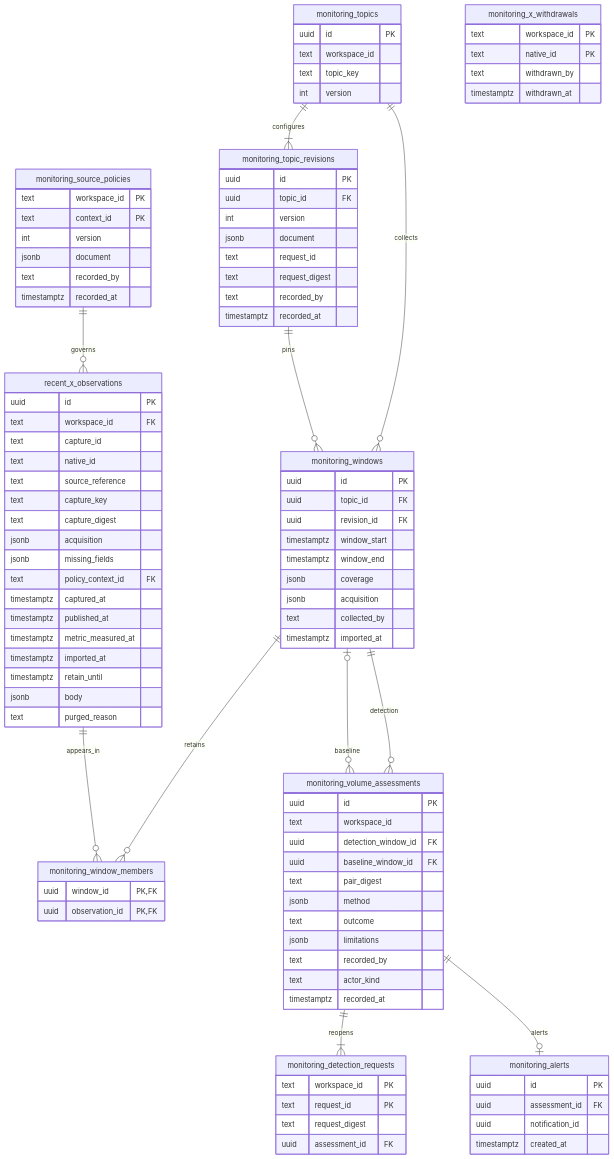
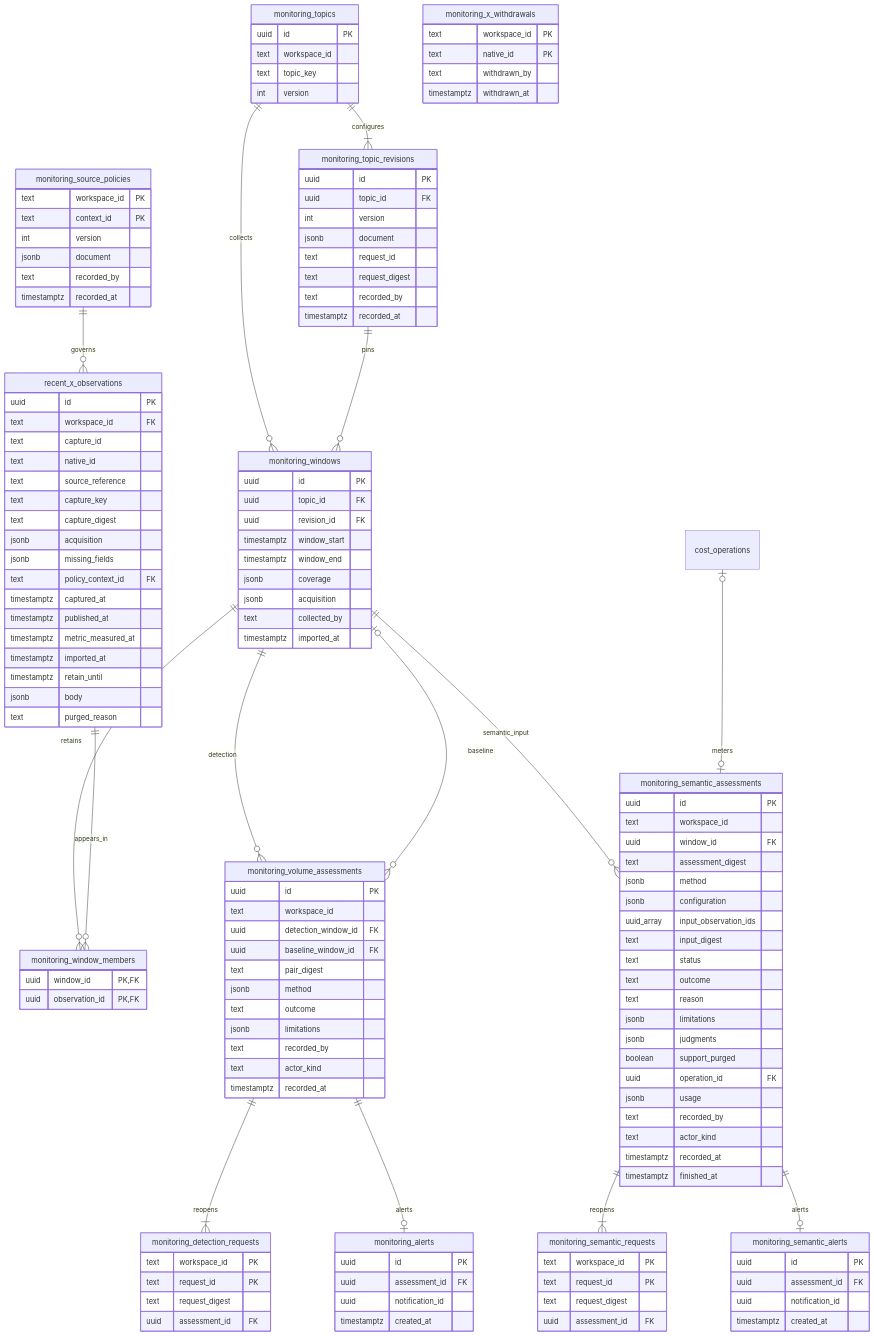
Before and after one commit to jinroylee/social-marketing-intelligence: the fourth of 11 diagrams in docs/data-model.md, drawn with Mermaid. The commit also changed other lines of this file and 30 other files, not shown here.

```diff
--- a/docs/data-model.md
+++ b/docs/data-model.md
@@ -432,6 +432,44 @@
     monitoring_windows |o--o{ monitoring_volume_assessments : baseline
     monitoring_volume_assessments ||--|{ monitoring_detection_requests : reopens
     monitoring_volume_assessments ||--o| monitoring_alerts : alerts
+    monitoring_windows ||--o{ monitoring_semantic_assessments : semantic_input
+    cost_operations |o--o| monitoring_semantic_assessments : meters
+    monitoring_semantic_assessments ||--|{ monitoring_semantic_requests : reopens
+    monitoring_semantic_assessments ||--o| monitoring_semantic_alerts : alerts
+    monitoring_semantic_assessments {
+        uuid id PK
+        text workspace_id
+        uuid window_id FK
+        text assessment_digest
+        jsonb method
+        jsonb configuration
+        uuid_array input_observation_ids
+        text input_digest
+        text status
+        text outcome
+        text reason
+        jsonb limitations
+        jsonb judgments
+        boolean support_purged
+        uuid operation_id FK
+        jsonb usage
+        text recorded_by
+        text actor_kind
+        timestamptz recorded_at
+        timestamptz finished_at
+    }
+    monitoring_semantic_requests {
+        text workspace_id PK
+        text request_id PK
+        text request_digest
+        uuid assessment_id FK
+    }
+    monitoring_semantic_alerts {
+        uuid id PK
+        uuid assessment_id FK
+        uuid notification_id
+        timestamptz created_at
+    }
     monitoring_source_policies {
         text workspace_id PK
         text context_id PK
```
